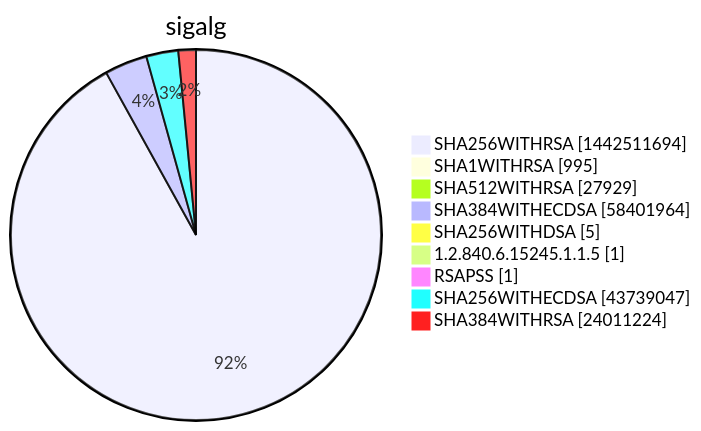
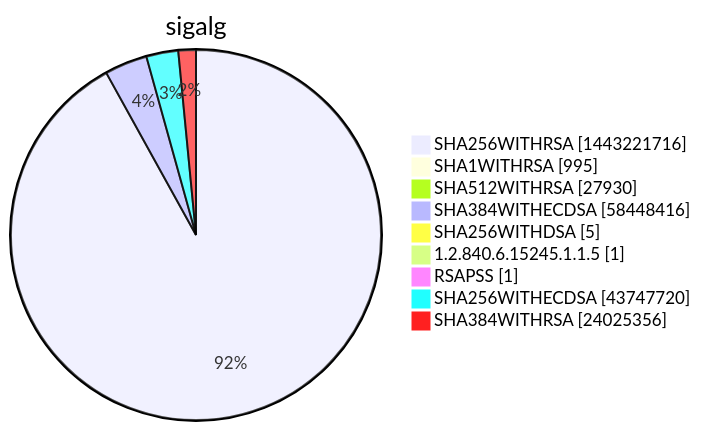
One commit to christiankrug/ctmonitor_visualization changed diagram 15 of 15 in xenon2022/README.md. Above: the diagram before and after it, drawn with Mermaid. The commit also changed other lines of this file, not shown here.

````diff
--- a/xenon2022/README.md
+++ b/xenon2022/README.md
@@ -5861,13 +5861,13 @@
 ```mermaid
 pie showData
 title sigalg
-"SHA256WITHRSA" :1442511694
+"SHA256WITHRSA" :1443221716
 "SHA1WITHRSA" :995
-"SHA512WITHRSA" :27929
-"SHA384WITHECDSA" :58401964
+"SHA512WITHRSA" :27930
+"SHA384WITHECDSA" :58448416
 "SHA256WITHDSA" :5
 "1.2.840.6.15245.1.1.5" :1
 "RSAPSS" :1
-"SHA256WITHECDSA" :43739047
-"SHA384WITHRSA" :24011224
+"SHA256WITHECDSA" :43747720
+"SHA384WITHRSA" :24025356
 ```
````
